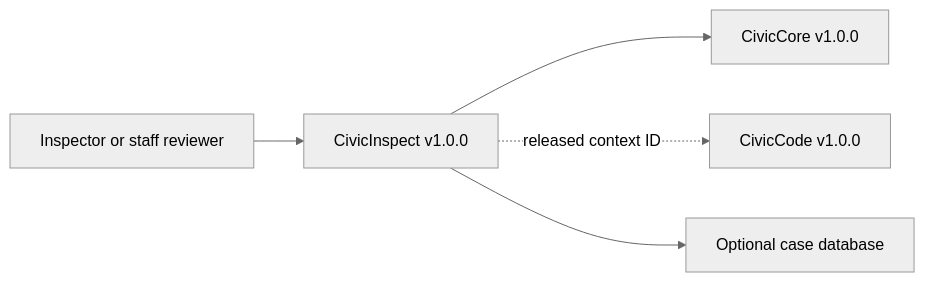
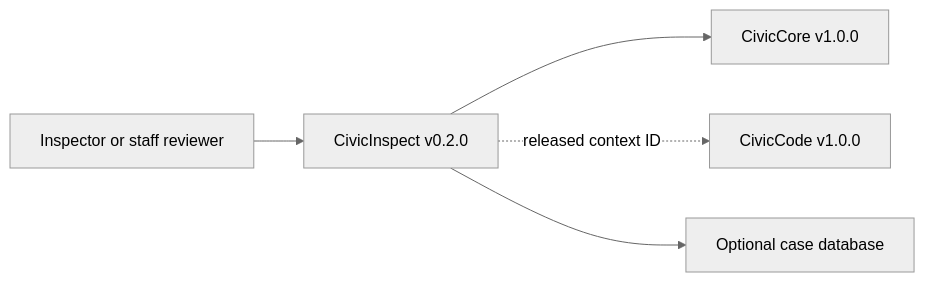
One commit to CivicSuite/civicinspect changed the diagram in USER-MANUAL.md. Above: the diagram before and after it, drawn with Mermaid (neutral theme). The commit also changed other lines of this file and 25 other files, not shown here.

````diff
--- a/USER-MANUAL.md
+++ b/USER-MANUAL.md
@@ -36,7 +36,7 @@
 ```mermaid
 flowchart LR
-  Staff["Inspector or staff reviewer"] --> CivicInspect["CivicInspect v1.0.0"]
+  Staff["Inspector or staff reviewer"] --> CivicInspect["CivicInspect v0.2.0"]
   CivicInspect --> CivicCore["CivicCore v1.0.0"]
   CivicInspect -. released context ID .-> CivicCode["CivicCode v1.0.0"]
   CivicInspect --> DB["Optional case database"]
 ```
````
